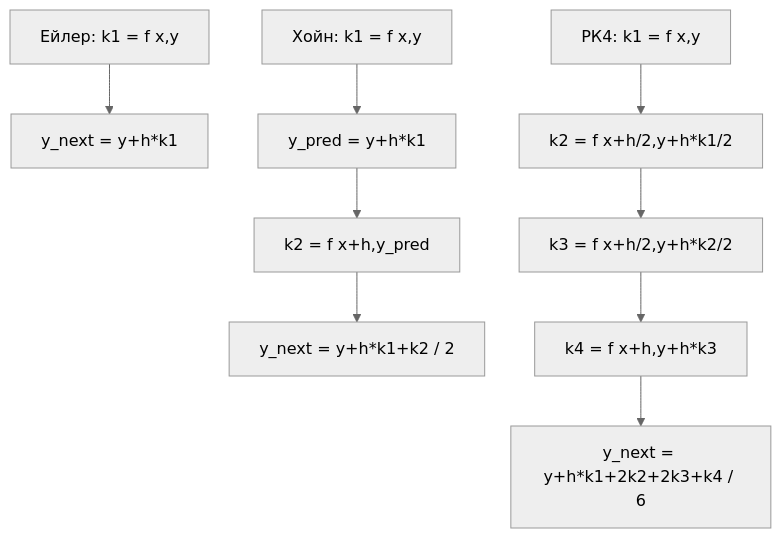
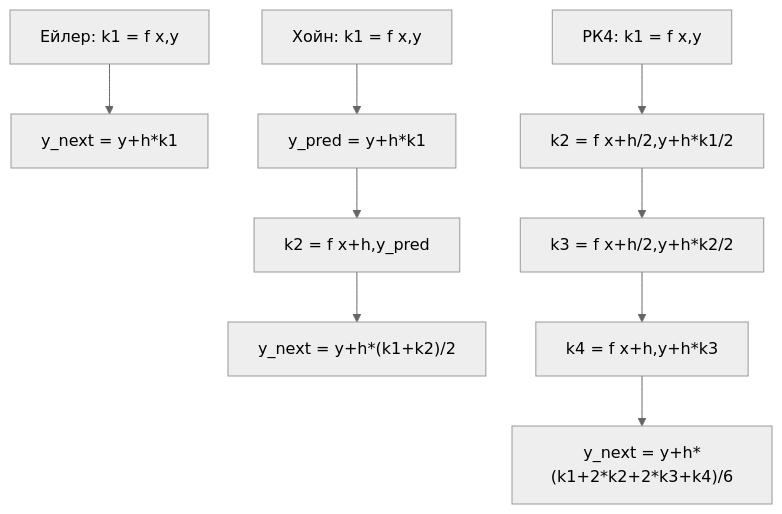
The second of 2 diagrams in Lab3/docs/algorithms.md (YevgeniyZapletnyk/life_cycle_models_Lab), drawn with Mermaid (neutral theme) before and after one commit. The commit also changed other lines of this file and 4 other files, not shown here.

````diff
--- a/Lab3/docs/algorithms.md
+++ b/Lab3/docs/algorithms.md
@@ -20,11 +20,11 @@
 ```mermaid
 flowchart TD
  E1[Ейлер: k1 = f x,y] --> E2[y_next = y+h*k1]
  H1[Хойн: k1 = f x,y] --> H2[y_pred = y+h*k1]
  H2 --> H3[k2 = f x+h,y_pred]
- H3 --> H4[y_next = y+h*k1+k2 / 2]
+ H3 --> H4["y_next = y+h*(k1+k2)/2"]
  R1[РК4: k1 = f x,y] --> R2[k2 = f x+h/2,y+h*k1/2]
  R2 --> R3[k3 = f x+h/2,y+h*k2/2]
  R3 --> R4[k4 = f x+h,y+h*k3]
- R4 --> R5[y_next = y+h*k1+2k2+2k3+k4 / 6]
+ R4 --> R5["y_next = y+h*(k1+2*k2+2*k3+k4)/6"]
 ```
````
